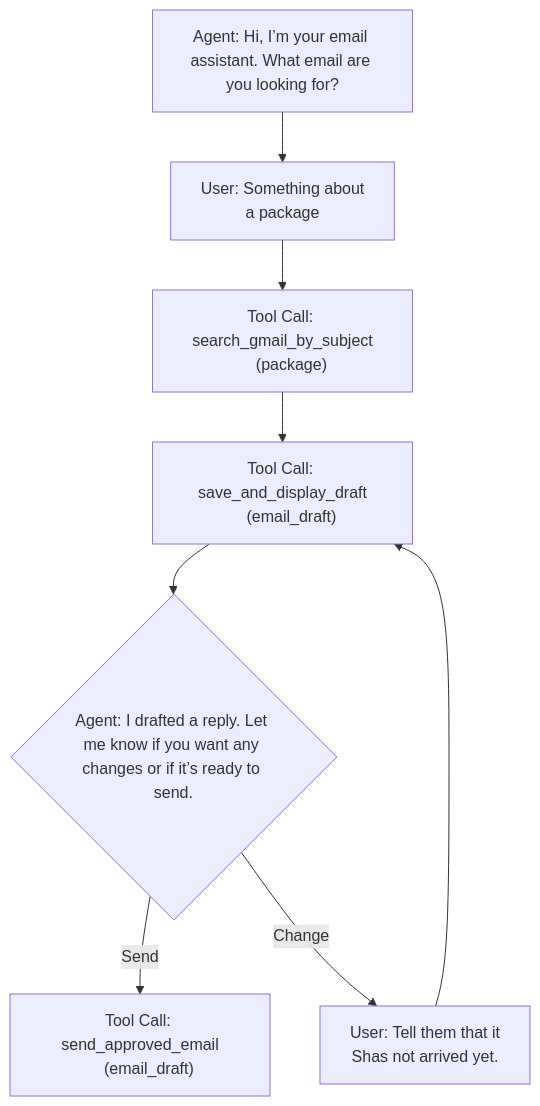
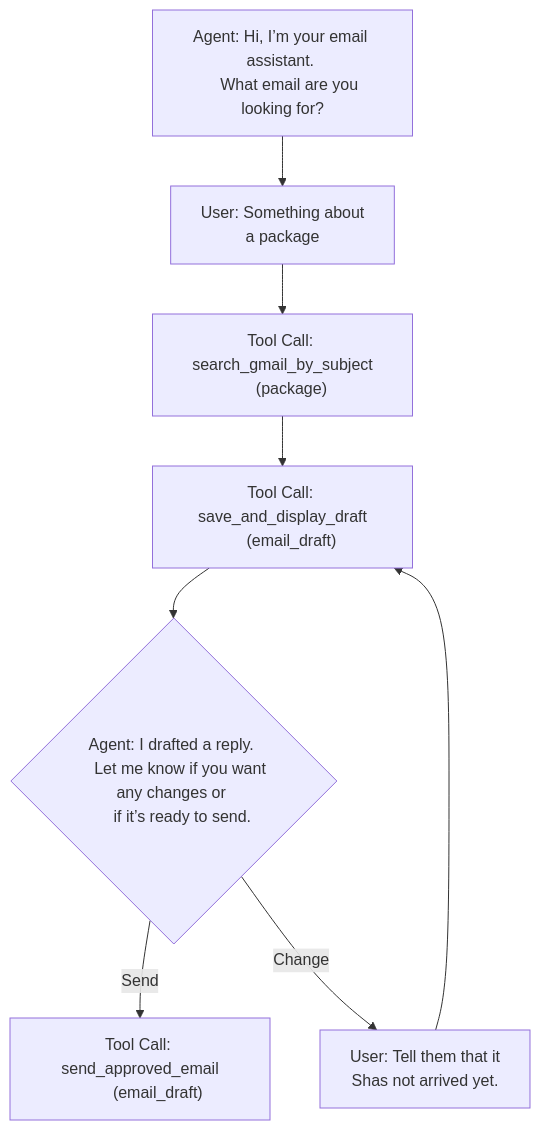
The diagram in README.md (BoratBorat10/Email_Response_Agent), drawn with Mermaid before and after one commit.

Commit message:
flowchart

````diff
--- a/README.md
+++ b/README.md
@@ -191,18 +191,21 @@
 ```mermaid
 flowchart TD;
-    A["Agent: Hi, I’m your email assistant. What email are you looking for?"] --> B["User: Something about
+    A["Agent: Hi, I’m your email assistant. 
+    What email are you looking for?"] --> B["User: Something about
      a package"]
     B --> C["Tool Call: search_gmail_by_subject
     (package)"]
     C --> D["Tool Call: save_and_display_draft
     (email_draft)"]
 
-    D --> E{"Agent: I drafted a reply. Let me know if you want any changes or if it’s ready to send."}
+    D --> E{"Agent: I drafted a reply. 
+    Let me know if you want any changes or 
+    if it’s ready to send."}
 
     E -->|Send| F["Tool Call: send_approved_email
-    (email_draft)"]
+        (email_draft)"]
     E -->|Change| G["User: Tell them that it 
     Shas not arrived yet."]
 
     G --> D
 ```
````
